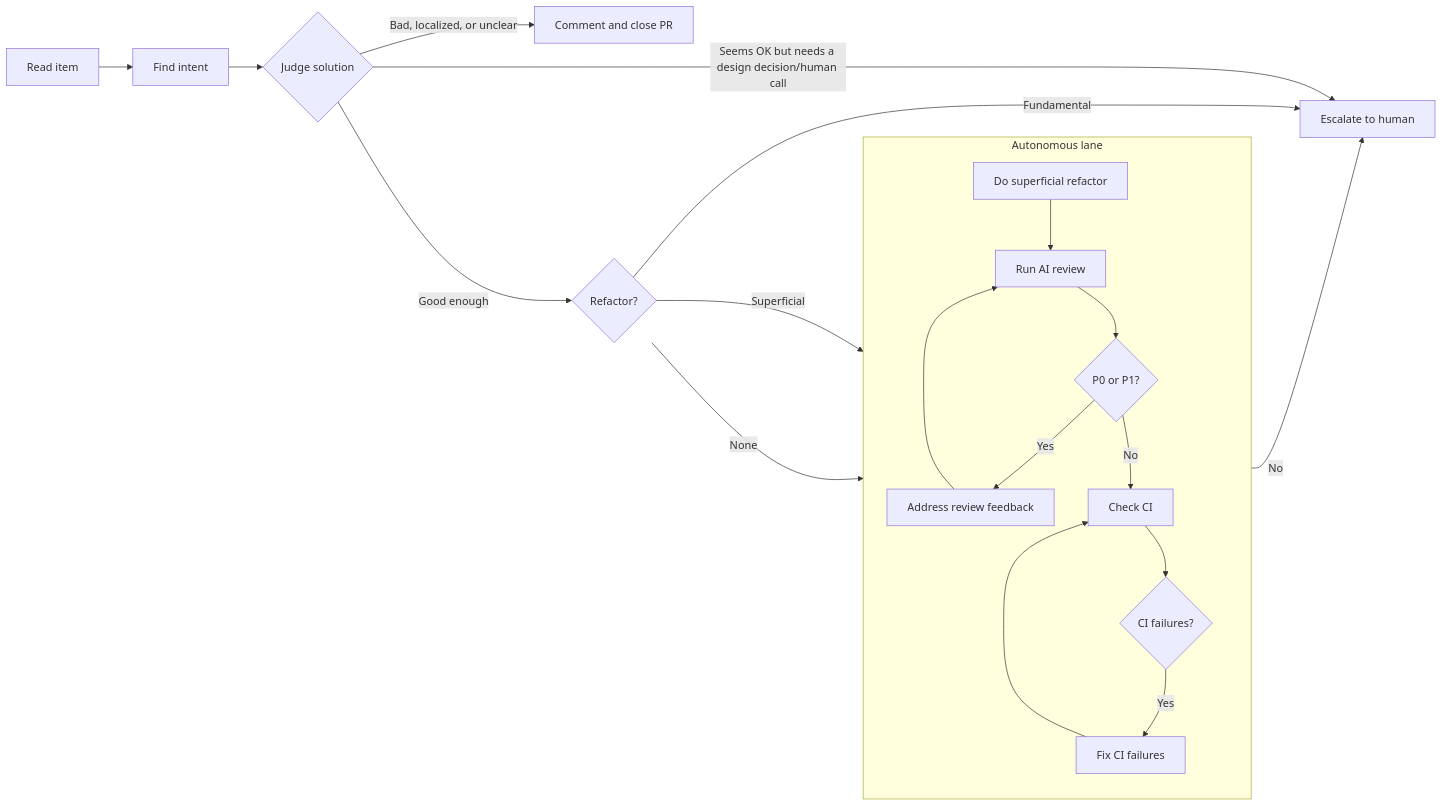
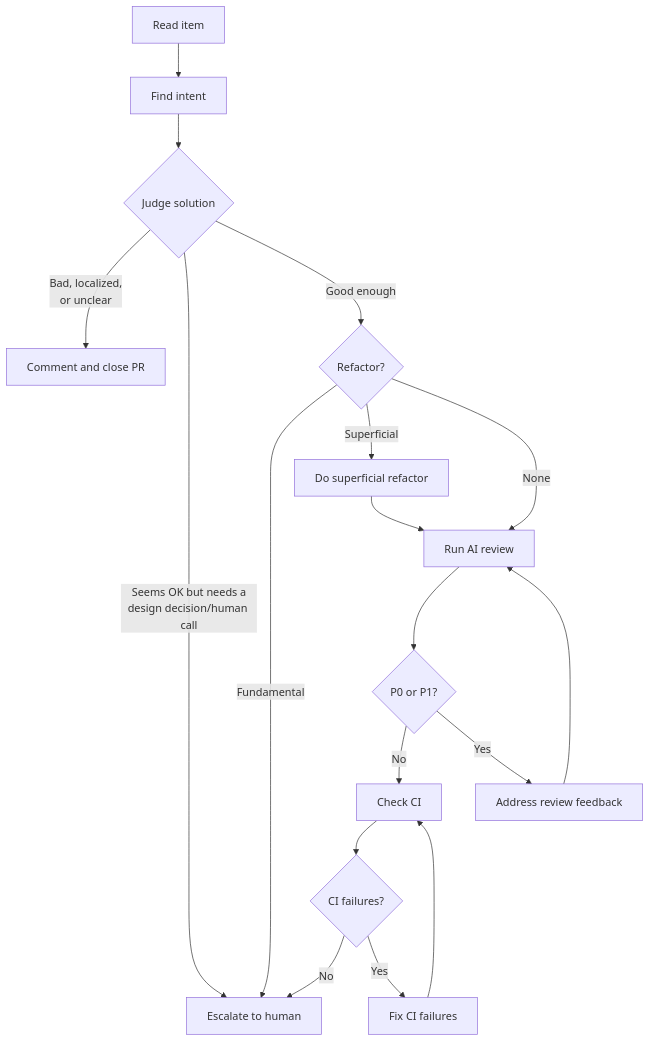
One commit to osolmaz/tools changed the diagram in agents/prompts/pr-issue-triage.md. Above: the diagram before and after it, drawn with Mermaid.

Commit message:
docs: simplify triage flowchart layout

````diff
--- a/agents/prompts/pr-issue-triage.md
+++ b/agents/prompts/pr-issue-triage.md
@@ -5,27 +5,23 @@
 ```mermaid
-flowchart LR
+flowchart TD
     A[Read item] --> B[Find intent]
     B --> C{Judge solution}
 
-    C -->|Bad, localized, or unclear| D[Comment and close PR]
-    C -->|Seems OK but needs a design decision/human call| E[Escalate to human]
+    C -->|"Bad, localized,<br/>or unclear"| D[Comment and close PR]
+    C -->|"Seems OK but needs a<br/>design decision/human call"| E[Escalate to human]
     C -->|Good enough| F{Refactor?}
 
     F -->|Fundamental| E
     F -->|Superficial| R[Do superficial refactor]
-    F -->|None| G
+    F -->|None| G[Run AI review]
+    R --> G
 
-    subgraph AUTO["Autonomous lane"]
-        direction TB
-        R --> G[Run AI review]
-        G --> H{P0 or P1?}
-        H -->|Yes| I[Address review feedback]
-        I --> G
-        H -->|No| J[Check CI]
-        J --> K{CI failures?}
-        K -->|Yes| L[Fix CI failures]
-        L --> J
-    end
-
+    G --> H{P0 or P1?}
+    H -->|No| J[Check CI]
+    H -->|Yes| I[Address review feedback]
+    I --> G
+    J --> K{CI failures?}
     K -->|No| E
+    K -->|Yes| L[Fix CI failures]
+    L --> J
 ```
````
